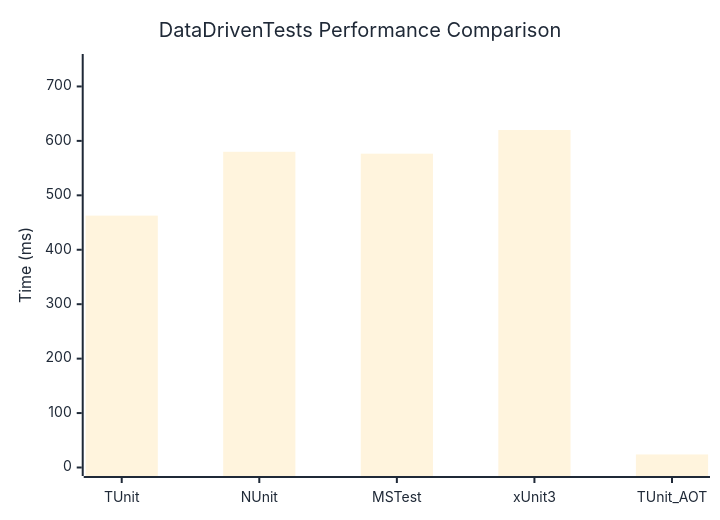
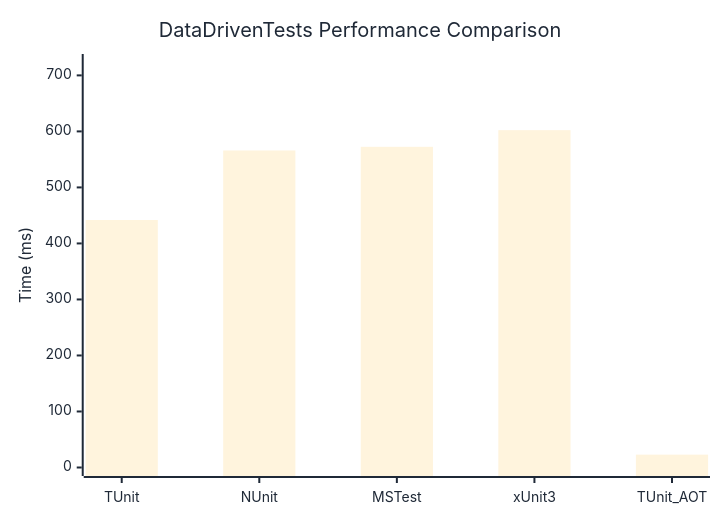
The diagram in docs/docs/benchmarks/DataDrivenTests.md (thomhurst/TUnit), drawn with Mermaid before and after one commit. The commit also changed other lines of this file and 17 other files, not shown here.

````diff
--- a/docs/docs/benchmarks/DataDrivenTests.md
+++ b/docs/docs/benchmarks/DataDrivenTests.md
@@ -27,37 +27,37 @@
 ```mermaid
 %%{init: {
   'theme':'base',
   'themeVariables': {
     'primaryColor': '#2563eb',
     'primaryTextColor': '#1f2937',
     'primaryBorderColor': '#1e40af',
     'lineColor': '#6b7280',
     'secondaryColor': '#7c3aed',
     'tertiaryColor': '#dc2626',
     'background': '#ffffff',
     'mainBkg': '#2563eb',
     'secondBkg': '#7c3aed',
     'tertiaryBkg': '#dc2626',
     'clusterBkg': '#f3f4f6',
     'edgeLabelBackground': '#ffffff',
     'tertiaryTextColor': '#1f2937',
     'pie1': '#2563eb',
     'pie2': '#7c3aed',
     'pie3': '#dc2626',
     'pie4': '#f59e0b',
     'pie5': '#10b981',
     'pie6': '#06b6d4',
     'pie7': '#ec4899',
     'pie8': '#6366f1',
     'pie9': '#84cc16',
     'pie10': '#f97316',
     'pie11': '#14b8a6',
     'pie12': '#a855f7'
   }
 }}%%
 xychart-beta
   title "DataDrivenTests Performance Comparison"
   x-axis ["TUnit", "NUnit", "MSTest", "xUnit3", "TUnit_AOT"]
-  y-axis "Time (ms)" 0 --> 744
-  bar [462.7, 579.98, 576.51, 619.98, 23.99]
+  y-axis "Time (ms)" 0 --> 723
+  bar [441.83, 565.94, 572.5, 602.23, 22.95]
 ```
````
